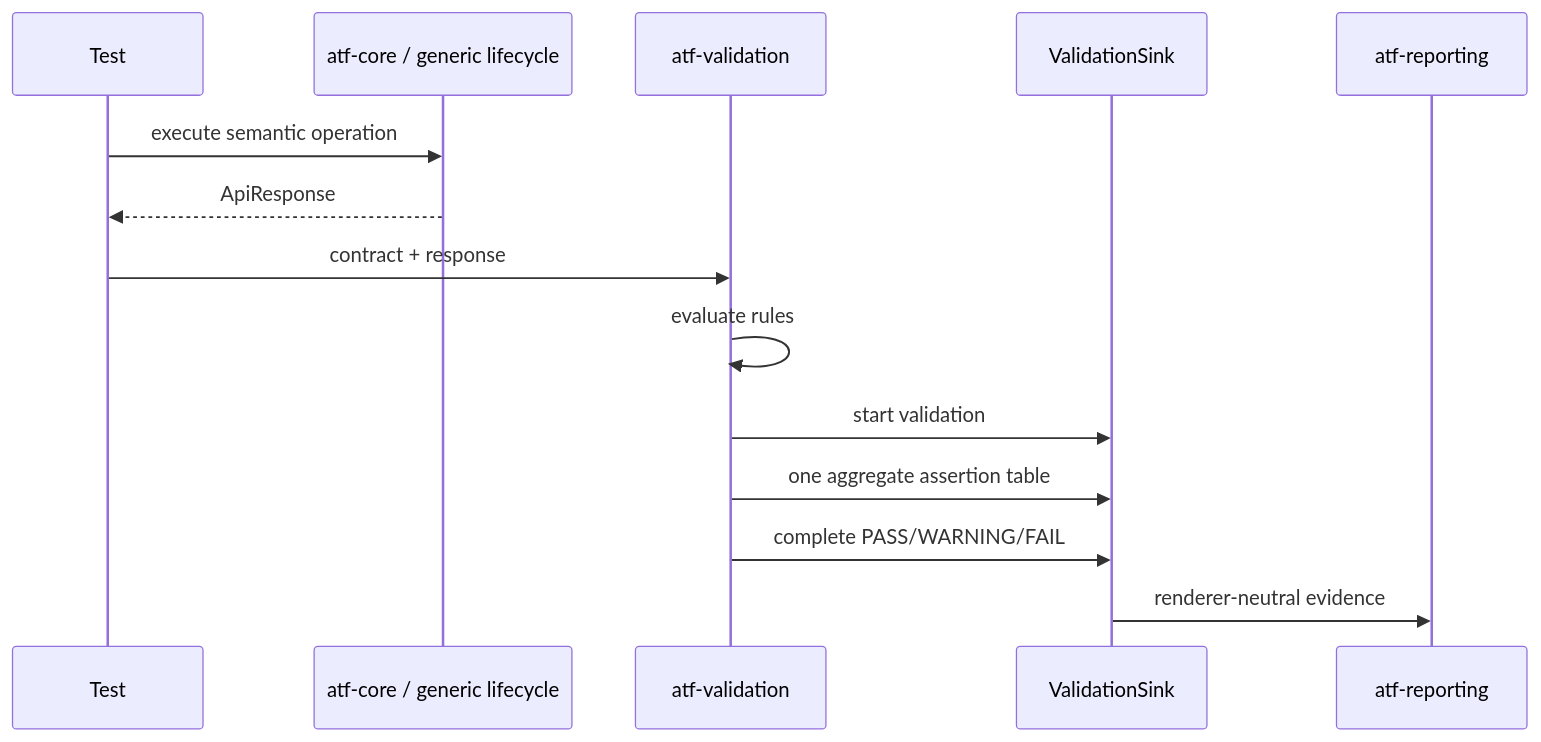
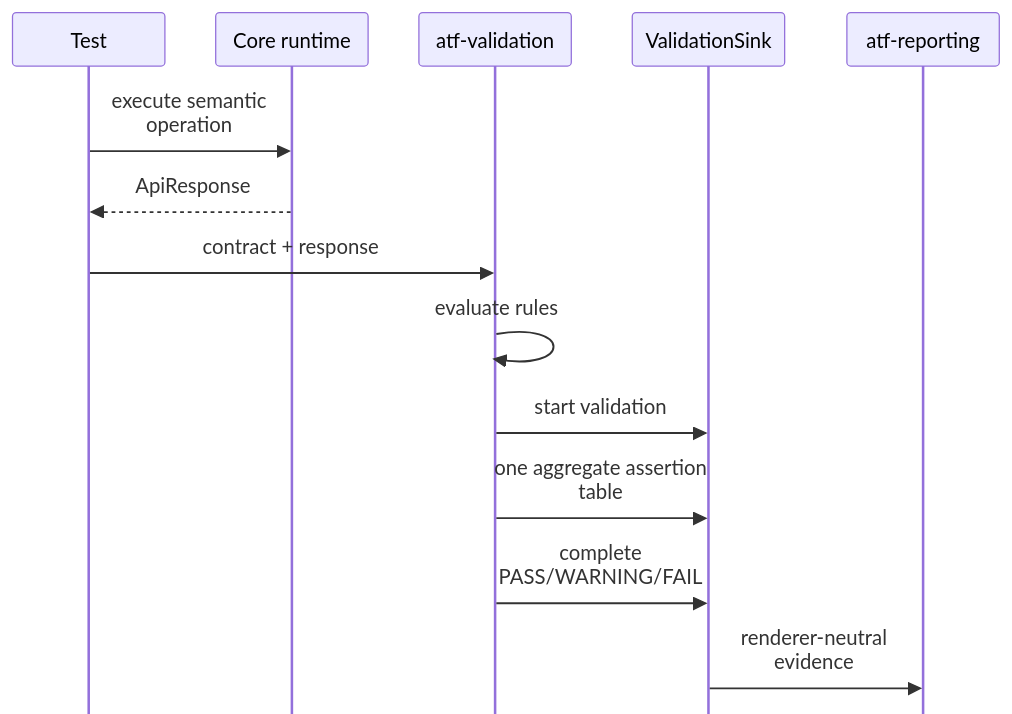
The second of 2 diagrams in atf-validation/README.md (crististefanita/atf_j0), drawn with Mermaid before and after one commit. The commit also changed other lines of this file and 97 other files, not shown here.

````diff
--- a/atf-validation/README.md
+++ b/atf-validation/README.md
@@ -127,17 +139,18 @@
 ```mermaid
+%%{init: {"themeVariables":{"fontSize":"15px","actorFontSize":"15px","messageFontSize":"12px","noteFontSize":"12px"},"themeCSS":".actor { font-size: 15px !important; } .messageText, .labelText, .loopText, .noteText { font-size: 12px !important; }","sequence":{"actorFontSize":15,"messageFontSize":12,"noteFontSize":12,"width":120,"height":42,"actorMargin":40,"messageMargin":24,"mirrorActors":false,"wrap":true,"wrapPadding":6}}}%%
 sequenceDiagram
     participant T as Test
-    participant E as atf-core / generic lifecycle
+    participant E as Core runtime
     participant V as atf-validation
     participant S as ValidationSink
     participant R as atf-reporting
 
     T->>E: execute semantic operation
     E-->>T: ApiResponse
     T->>V: contract + response
     V->>V: evaluate rules
     V->>S: start validation
     V->>S: one aggregate assertion table
     V->>S: complete PASS/WARNING/FAIL
     S->>R: renderer-neutral evidence
 ```
````
